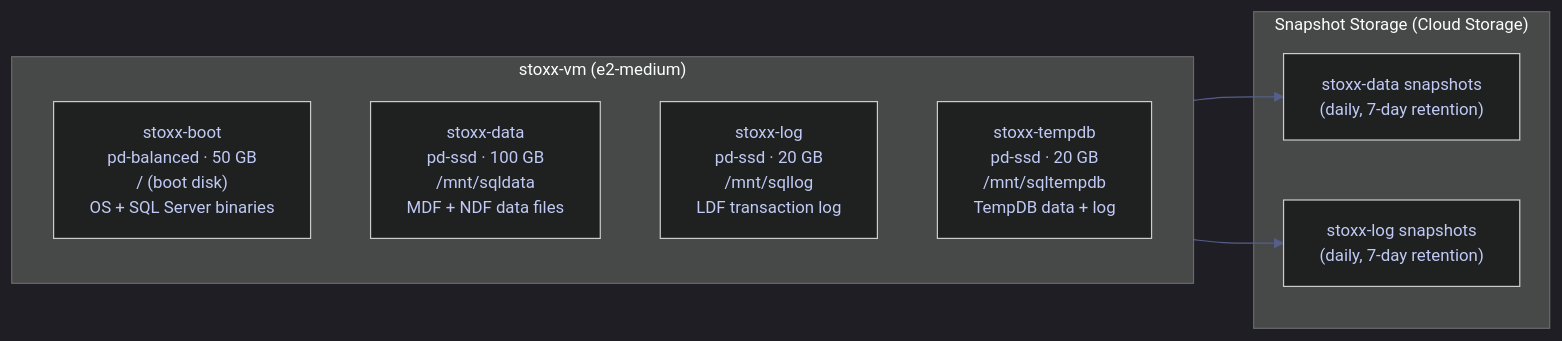
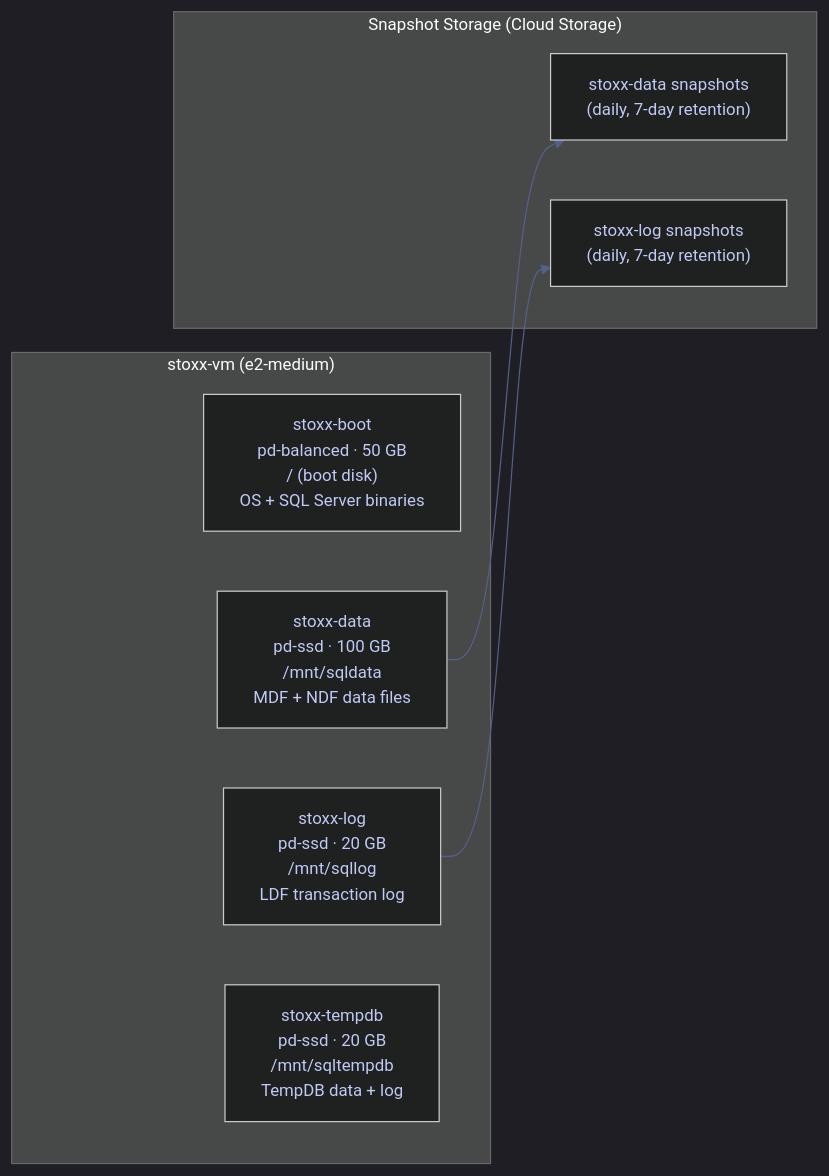
The first of 2 diagrams in content/06-GCP/02-Compute/03-disks-and-snapshots.md (alp78/elysium), drawn with Mermaid before and after one commit. The commit also changed 216 other files, not shown here.

````diff
--- a/content/06-GCP/02-Compute/03-disks-and-snapshots.md
+++ b/content/06-GCP/02-Compute/03-disks-and-snapshots.md
@@ -245,30 +245,39 @@
 ```mermaid
 %%{init: {'theme': 'dark', 'themeVariables': {
   'primaryColor': '#292e42',
   'primaryTextColor': '#c0caf5',
   'primaryBorderColor': '#565f89',
   'lineColor': '#565f89',
   'secondaryColor': '#1a1b26',
   'tertiaryColor': '#24283b',
   'noteTextColor': '#c0caf5',
   'noteBkgColor': '#292e42',
   'textColor': '#c0caf5',
   'fontSize': '14px'
 }}}%%
 flowchart LR
     subgraph VM["stoxx-vm (e2-medium)"]
-        direction TB
+        VPAD[" "]
         BOOT["stoxx-boot<br>pd-balanced · 50 GB<br>/ (boot disk)<br>OS + SQL Server binaries"]
         DATA["stoxx-data<br>pd-ssd · 100 GB<br>/mnt/sqldata<br>MDF + NDF data files"]
         LOG["stoxx-log<br>pd-ssd · 20 GB<br>/mnt/sqllog<br>LDF transaction log"]
         TEMP["stoxx-tempdb<br>pd-ssd · 20 GB<br>/mnt/sqltempdb<br>TempDB data + log"]
+        VPAD ~~~ BOOT
+        VPAD ~~~ DATA
+        VPAD ~~~ LOG
+        VPAD ~~~ TEMP
     end
 
     subgraph SNAP["Snapshot Storage (Cloud Storage)"]
+        SPAD[" "]
         S1["stoxx-data snapshots<br>(daily, 7-day retention)"]
         S2["stoxx-log snapshots<br>(daily, 7-day retention)"]
+        SPAD ~~~ S1
+        SPAD ~~~ S2
     end
 
     DATA --> S1
     LOG --> S2
+    style VPAD fill:transparent,stroke:transparent,color:transparent
+    style SPAD fill:transparent,stroke:transparent,color:transparent
 ```
````
